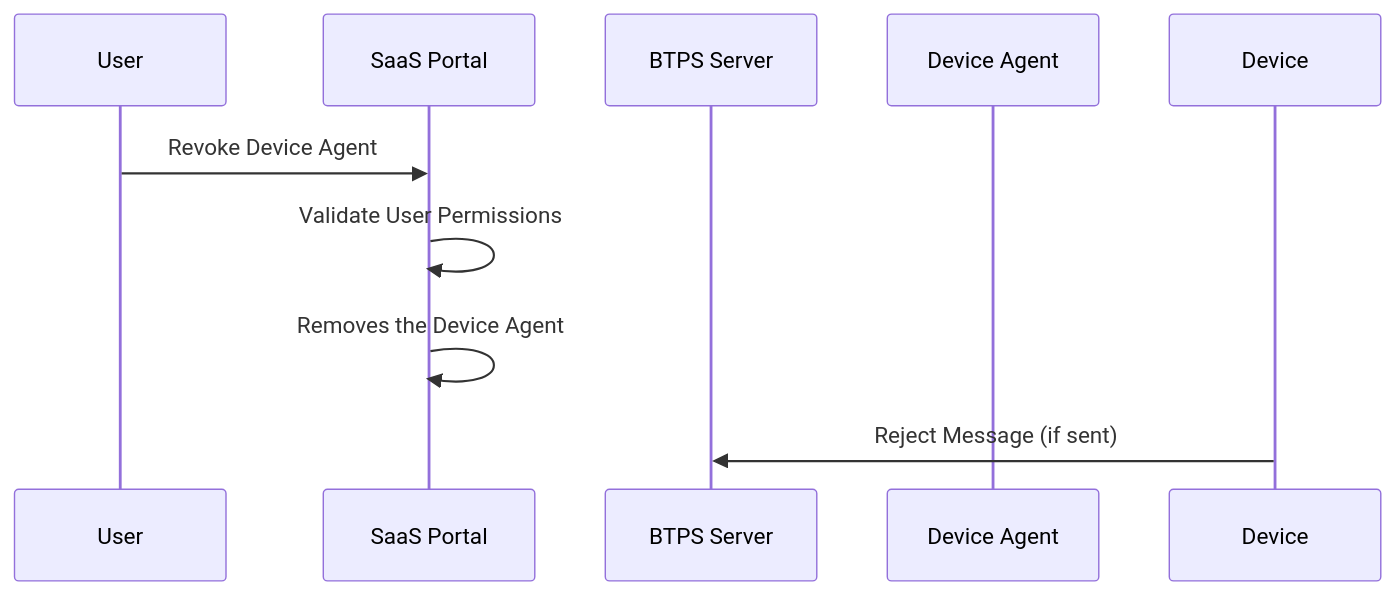
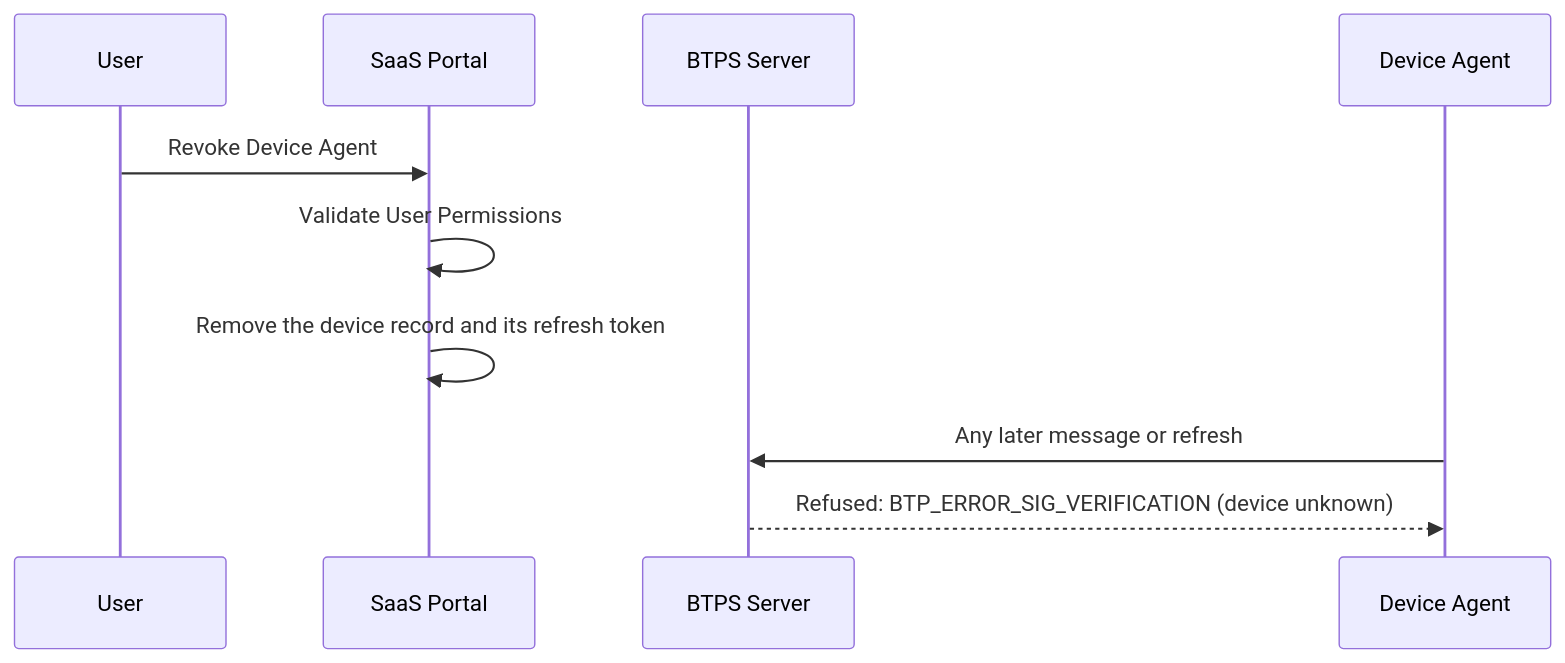
One commit to openbtps/btps-node changed the first of 2 diagrams in docs/docusaurus/docs/protocol/delegation/revocation.md. Above: the diagram before and after it, drawn with Mermaid. The commit also changed other lines of this file and 26 other files, not shown here.

First line of the commit message:
Docs: bring every diagram in line with 1.1

````diff
--- a/docs/docusaurus/docs/protocol/delegation/revocation.md
+++ b/docs/docusaurus/docs/protocol/delegation/revocation.md
@@ -27,12 +27,13 @@
 ```mermaid
 sequenceDiagram
     participant User
     participant SaaS Portal
     participant BTPS Server
     participant Device Agent
 
     User->>SaaS Portal: Revoke Device Agent
     SaaS Portal->>SaaS Portal: Validate User Permissions
-    SaaS Portal->>SaaS Portal: Removes the Device Agent
-    Device->>BTPS Server: Reject Message (if sent)
+    SaaS Portal->>SaaS Portal: Remove the device record and its refresh token
+    Device Agent->>BTPS Server: Any later message or refresh
+    BTPS Server-->>Device Agent: Refused: BTP_ERROR_SIG_VERIFICATION (device unknown)
 ```
````
